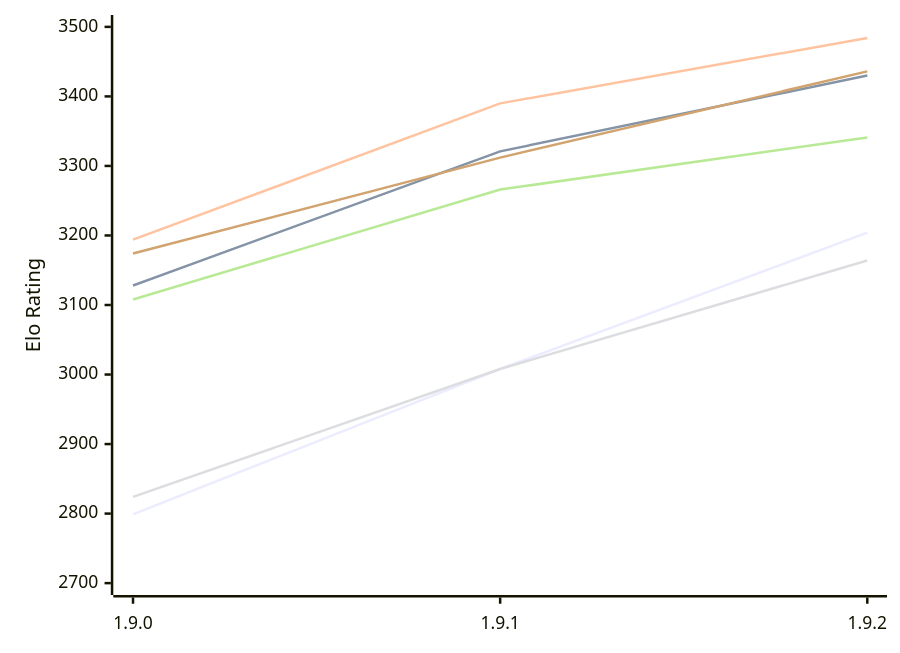
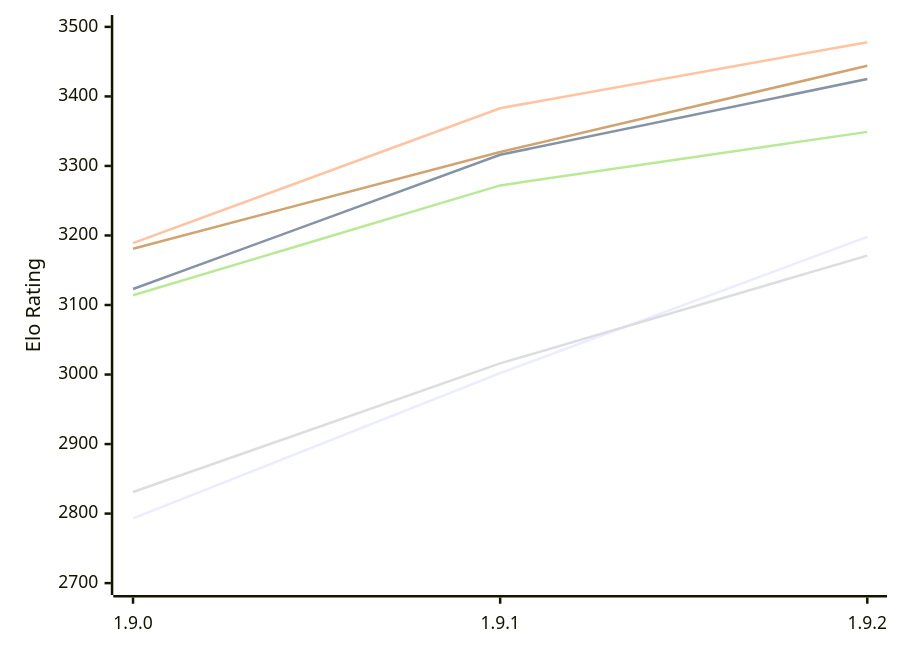
One commit to computer-chess-index/cci changed the diagram in engines/Superpawn.md. Above: the diagram before and after it, drawn with Mermaid. The commit also changed other lines of this file, not shown here.

Commit message:
Update CCI Ratings (ELO VLTC) - 2026-11-18

````diff
--- a/engines/Superpawn.md
+++ b/engines/Superpawn.md
@@ -51,12 +51,12 @@
 ```mermaid
 %%{init: {"theme":"base","themeVariables":{"seriesColors:['#a3a3a3','#222221','#faa371']}}}%%
 xychart-beta
   x-axis ["1.9.0", "1.9.1", "1.9.2"]
   y-axis "Elo Rating" 2700 --> 3500
-  line "E1: STC (8.0+0.08s)" [2799, 3008, 3204]
-  line "E1: LTC (60.0+0.60s)" [3128, 3321, 3430]
-  line "E1: VLTC (2m24s+1.12s)" [3194, 3390, 3484]
-  line "P1: STC (8.0+0.08s)" [2824, 3008, 3164]
-  line "P1: LTC (60.0+0.60s)" [3108, 3266, 3341]
-  line "P1: VLTC (2m24s+1.12s)" [3174, 3312, 3436]
+  line "E1: STC (8.0+0.08s)" [2793, 3002, 3198]
+  line "E1: LTC (60.0+0.60s)" [3123, 3316, 3425]
+  line "E1: VLTC (2m24s+1.12s)" [3189, 3383, 3478]
+  line "P1: STC (8.0+0.08s)" [2831, 3016, 3171]
+  line "P1: LTC (60.0+0.60s)" [3114, 3272, 3349]
+  line "P1: VLTC (2m24s+1.12s)" [3181, 3320, 3444]
 ```
````
